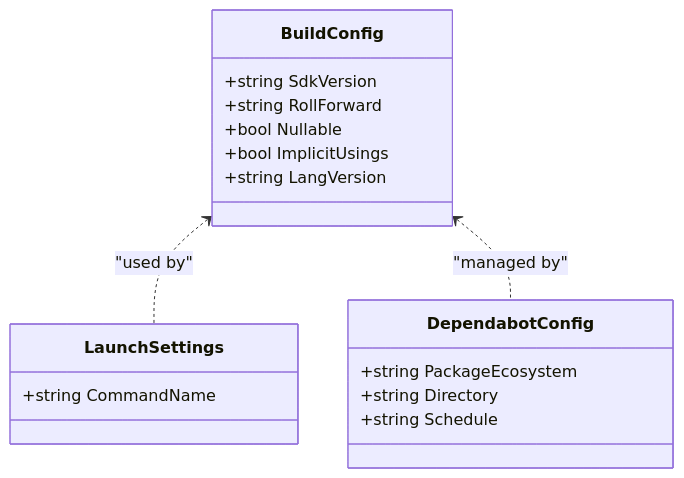
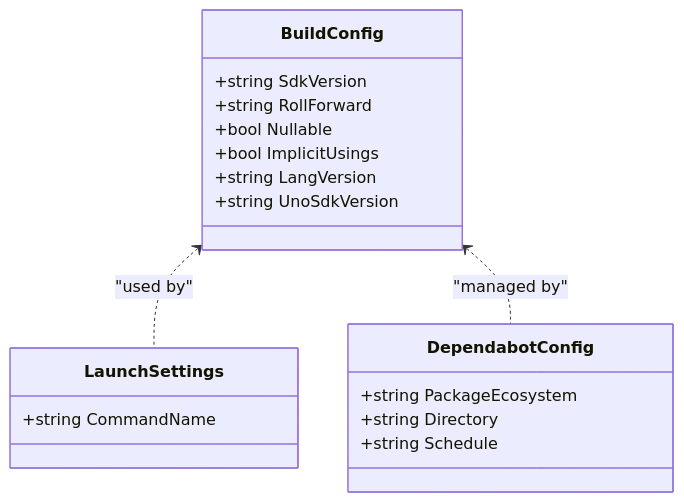
One commit to AgenticDesktop/App changed the tenth of 12 diagrams in .qoder/repowiki/en/content/Configuration and Deployment.md. Above: the diagram before and after it, drawn with Mermaid. The commit also changed other lines of this file and 19 other files, not shown here.

````diff
--- a/.qoder/repowiki/en/content/Configuration and Deployment.md
+++ b/.qoder/repowiki/en/content/Configuration and Deployment.md
@@ -307,20 +392,21 @@
 ```mermaid
 classDiagram
 class BuildConfig {
 +string SdkVersion
 +string RollForward
 +bool Nullable
 +bool ImplicitUsings
 +string LangVersion
++string UnoSdkVersion
 }
 class LaunchSettings {
 +string CommandName
 }
 class DependabotConfig {
 +string PackageEcosystem
 +string Directory
 +string Schedule
 }
 BuildConfig <.. LaunchSettings : "used by"
 BuildConfig <.. DependabotConfig : "managed by"
 ```
````
